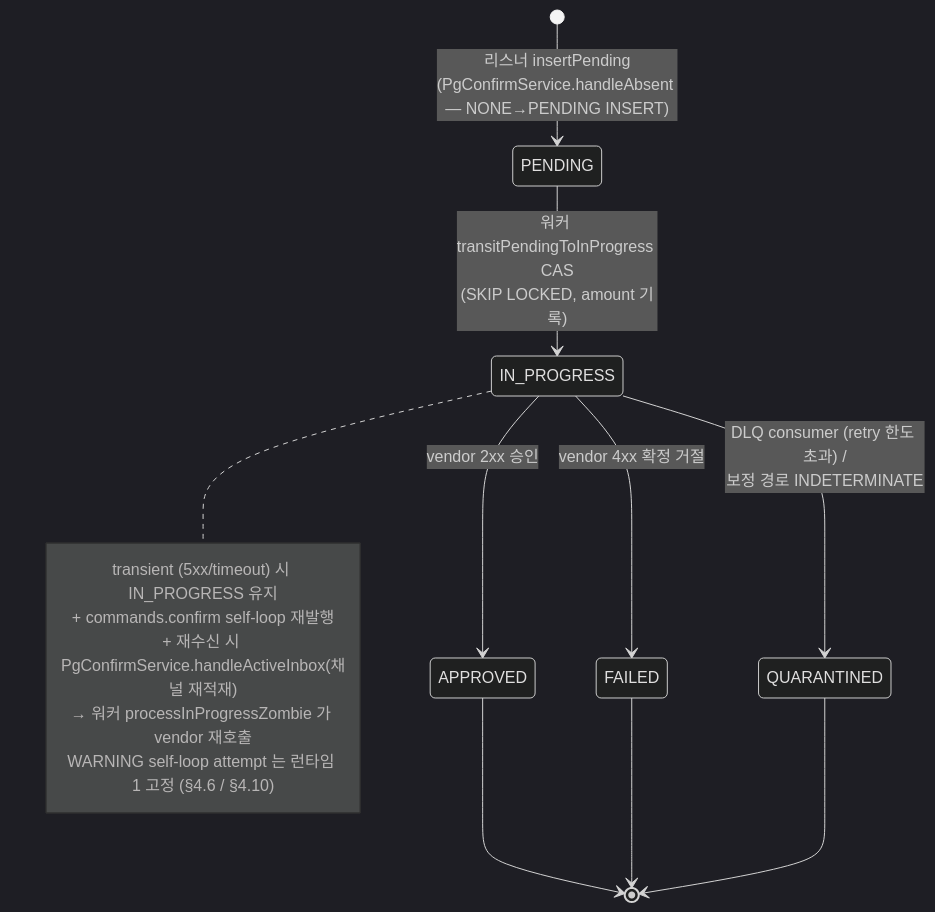
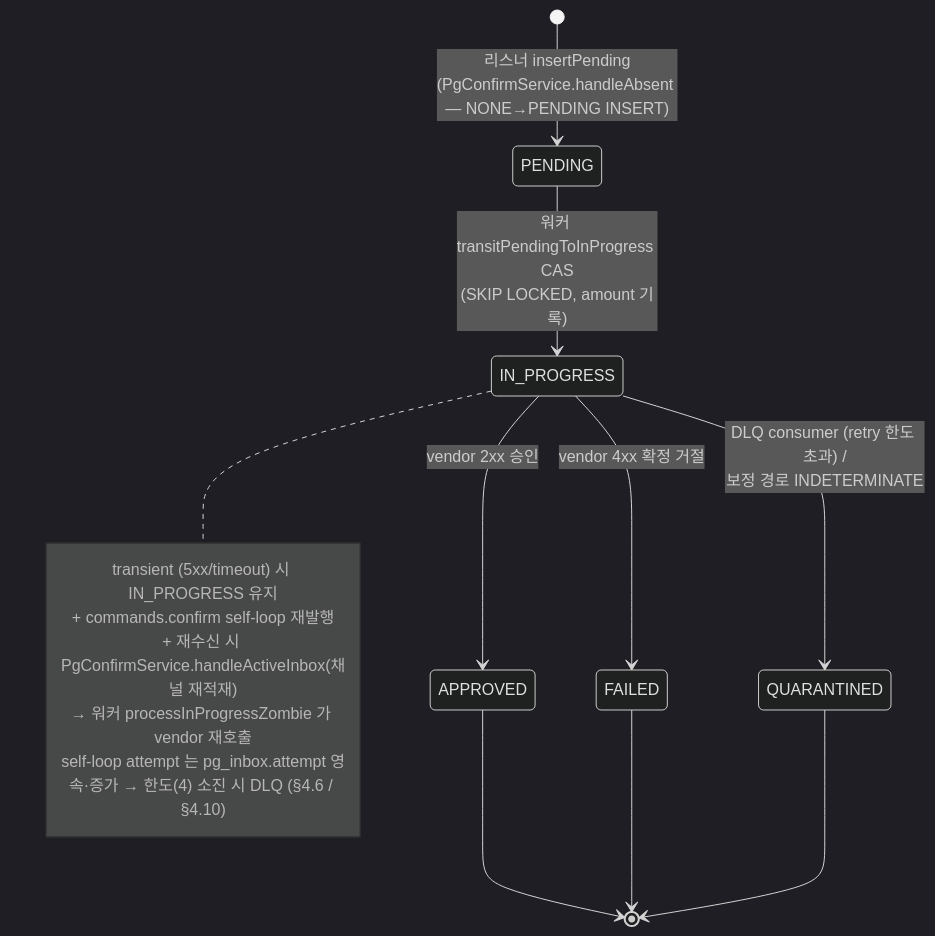
The sixth of 10 diagrams in docs/context/PAYMENT-FLOW.md (hyoguoo/payment-platform), drawn with Mermaid (dark theme) before and after one commit. The commit also changed other lines of this file and 12 other files, not shown here.

````diff
--- a/docs/context/PAYMENT-FLOW.md
+++ b/docs/context/PAYMENT-FLOW.md
@@ -237,22 +237,22 @@
 ```mermaid
 stateDiagram-v2
     [*] --> PENDING : 리스너 insertPending<br/>(PgConfirmService.handleAbsent — NONE→PENDING INSERT)
 
     PENDING --> IN_PROGRESS : 워커 transitPendingToInProgress CAS<br/>(SKIP LOCKED, amount 기록)
 
     IN_PROGRESS --> APPROVED : vendor 2xx 승인
     IN_PROGRESS --> FAILED : vendor 4xx 확정 거절
     IN_PROGRESS --> QUARANTINED : DLQ consumer (retry 한도 초과) /<br/>보정 경로 INDETERMINATE
 
     APPROVED --> [*]
     FAILED --> [*]
     QUARANTINED --> [*]
 
     note right of IN_PROGRESS
       transient (5xx/timeout) 시 IN_PROGRESS 유지
       + commands.confirm self-loop 재발행
       + 재수신 시 PgConfirmService.handleActiveInbox(채널 재적재)
         → 워커 processInProgressZombie 가 vendor 재호출
-      WARNING self-loop attempt 는 런타임 1 고정 (§4.6 / §4.10)
+      self-loop attempt 는 pg_inbox.attempt 영속·증가 → 한도(4) 소진 시 DLQ (§4.6 / §4.10)
     end note
 ```
````
